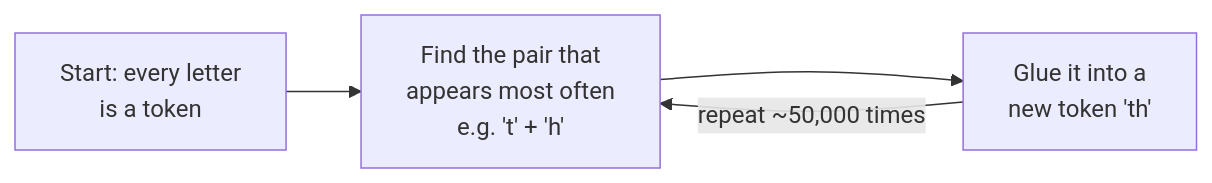
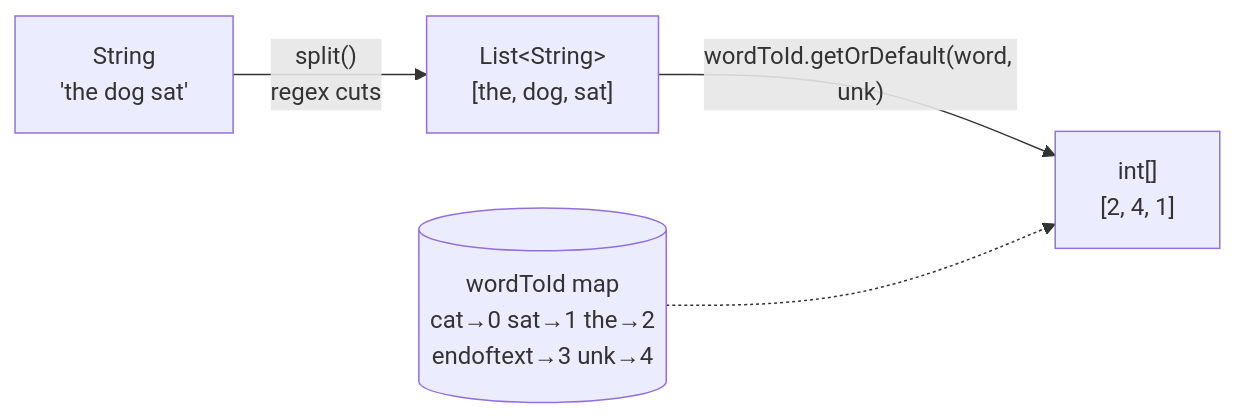
One commit to Ranjeet0611/tinygpt changed the eighth of 10 diagrams in docs/01-tokenization.md. Above: the diagram before and after it, drawn with Mermaid. The commit also changed other lines of this file and 9 other files, not shown here.

````diff
--- a/docs/01-tokenization.md
+++ b/docs/01-tokenization.md
@@ -93,6 +181,6 @@
 ```mermaid
 flowchart LR
-    A["Start: every letter<br/>is a token"] --> B["Find the pair that<br/>appears most often<br/>e.g. 't' + 'h'"]
-    B --> C["Glue it into a<br/>new token 'th'"]
-    C -->|"repeat ~50,000 times"| B
+    A["String<br/>'the dog sat'"] -->|"split()<br/>regex cuts"| B["List&lt;String&gt;<br/>[the, dog, sat]"]
+    B -->|"wordToId.getOrDefault(word, unk)"| C["int[]<br/>[2, 4, 1]"]
+    V[("wordToId map<br/>cat→0 sat→1 the→2<br/>endoftext→3 unk→4")] -.-> C
 ```
````
